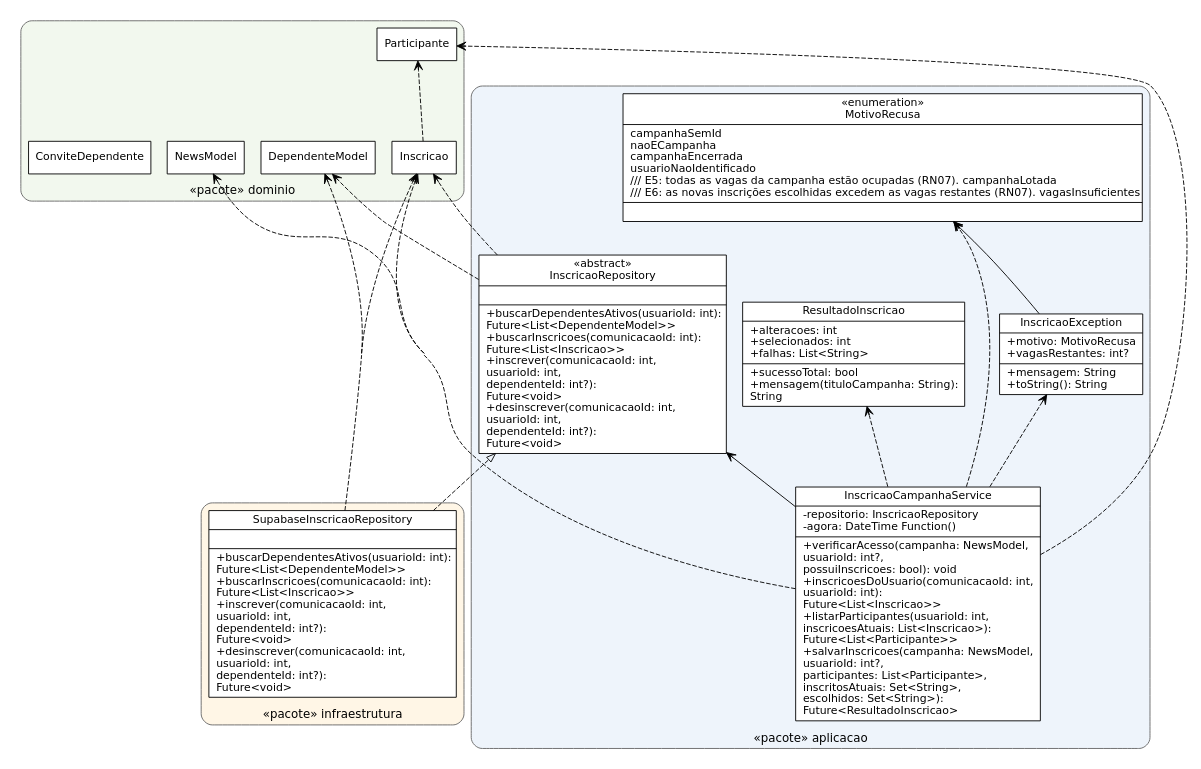
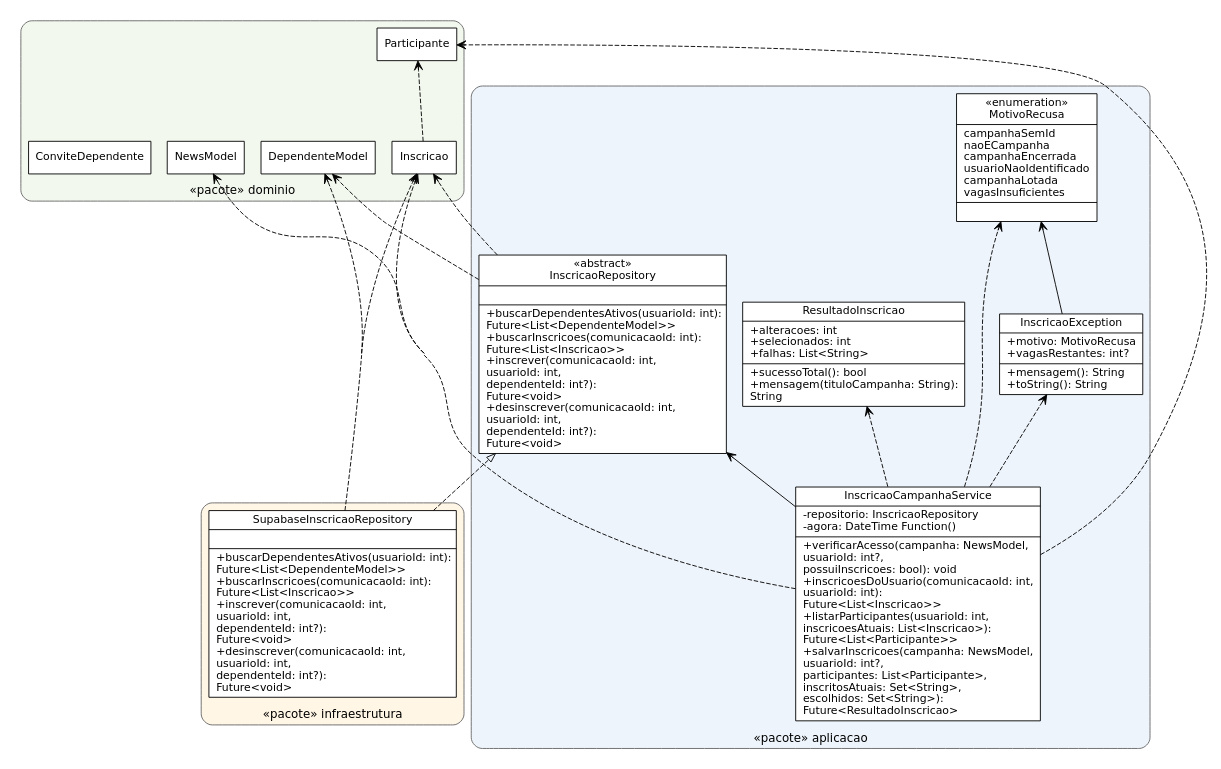
The diagram in qualidade/relatorios/classes-a-aplicacao.dot (Conecta-Vida/Conecta-Vida-Mobile), drawn with Graphviz before and after one commit. The commit also changed 23 other files, not shown here.

```diff
--- a/qualidade/relatorios/classes-a-aplicacao.dot
+++ b/qualidade/relatorios/classes-a-aplicacao.dot
@@ -1,38 +1,36 @@
 digraph classes {
 rankdir=BT; nodesep=0.25; ranksep=0.5; pad=0.1; concentrate=true;
 node [shape=record, fontname="DejaVu Sans", fontsize=12, style=filled, fillcolor="#ffffff"];
 edge [fontname="DejaVu Sans", fontsize=11];
 subgraph cluster_0 { label="«pacote» aplicacao"; style="rounded,filled"; fillcolor="#eef4fb"; color=gray40; fontname="DejaVu Sans"; fontsize=13; labelloc=t;
   InscricaoRepository [label="{«abstract»\nInscricaoRepository||+buscarDependentesAtivos(usuarioId: int):\l      Future&lt;List&lt;DependenteModel&gt;&gt;\l+buscarInscricoes(comunicacaoId: int):\l      Future&lt;List&lt;Inscricao&gt;&gt;\l+inscrever(comunicacaoId: int,\l      usuarioId: int,\l      dependenteId: int?):\l      Future&lt;void&gt;\l+desinscrever(comunicacaoId: int,\l      usuarioId: int,\l      dependenteId: int?):\l      Future&lt;void&gt;\l}"];
-  MotivoRecusa [label="{«enumeration»\nMotivoRecusa|campanhaSemId\lnaoECampanha\lcampanhaEncerrada\lusuarioNaoIdentificado\l/// E5: todas as vagas da campanha estão ocupadas (RN07).
-  campanhaLotada\l/// E6: as novas inscrições escolhidas excedem as vagas restantes (RN07).
-  vagasInsuficientes\l|}"];
-  InscricaoException [label="{InscricaoException|+motivo: MotivoRecusa\l+vagasRestantes: int?\l|+mensagem: String\l+toString(): String\l}"];
-  ResultadoInscricao [label="{ResultadoInscricao|+alteracoes: int\l+selecionados: int\l+falhas: List&lt;String&gt;\l|+sucessoTotal: bool\l+mensagem(tituloCampanha: String):\l      String\l}"];
+  MotivoRecusa [label="{«enumeration»\nMotivoRecusa|campanhaSemId\lnaoECampanha\lcampanhaEncerrada\lusuarioNaoIdentificado\lcampanhaLotada\lvagasInsuficientes\l|}"];
+  InscricaoException [label="{InscricaoException|+motivo: MotivoRecusa\l+vagasRestantes: int?\l|+mensagem(): String\l+toString(): String\l}"];
+  ResultadoInscricao [label="{ResultadoInscricao|+alteracoes: int\l+selecionados: int\l+falhas: List&lt;String&gt;\l|+sucessoTotal(): bool\l+mensagem(tituloCampanha: String):\l      String\l}"];
   InscricaoCampanhaService [label="{InscricaoCampanhaService|-repositorio: InscricaoRepository\l-agora: DateTime Function()\l|+verificarAcesso(campanha: NewsModel,\l      usuarioId: int?,\l      possuiInscricoes: bool): void\l+inscricoesDoUsuario(comunicacaoId: int,\l      usuarioId: int):\l      Future&lt;List&lt;Inscricao&gt;&gt;\l+listarParticipantes(usuarioId: int,\l      inscricoesAtuais: List&lt;Inscricao&gt;):\l      Future&lt;List&lt;Participante&gt;&gt;\l+salvarInscricoes(campanha: NewsModel,\l      usuarioId: int?,\l      participantes: List&lt;Participante&gt;,\l      inscritosAtuais: Set&lt;String&gt;,\l      escolhidos: Set&lt;String&gt;):\l      Future&lt;ResultadoInscricao&gt;\l}"];
 }
 subgraph cluster_1 { label="«pacote» dominio"; style="rounded,filled"; fillcolor="#f2f8ee"; color=gray40; fontname="DejaVu Sans"; fontsize=13; labelloc=t;
   Inscricao [shape=box, label="Inscricao"];
   Participante [shape=box, label="Participante"];
   NewsModel [shape=box, label="NewsModel"];
   DependenteModel [shape=box, label="DependenteModel"];
   ConviteDependente [shape=box, label="ConviteDependente"];
 }
 subgraph cluster_2 { label="«pacote» infraestrutura"; style="rounded,filled"; fillcolor="#fff6e6"; color=gray40; fontname="DejaVu Sans"; fontsize=13; labelloc=t;
   SupabaseInscricaoRepository [label="{SupabaseInscricaoRepository||+buscarDependentesAtivos(usuarioId: int):\l      Future&lt;List&lt;DependenteModel&gt;&gt;\l+buscarInscricoes(comunicacaoId: int):\l      Future&lt;List&lt;Inscricao&gt;&gt;\l+inscrever(comunicacaoId: int,\l      usuarioId: int,\l      dependenteId: int?):\l      Future&lt;void&gt;\l+desinscrever(comunicacaoId: int,\l      usuarioId: int,\l      dependenteId: int?):\l      Future&lt;void&gt;\l}"];
 }
   Inscricao -> Participante [arrowhead=vee, style=dashed];
   InscricaoCampanhaService -> Inscricao [arrowhead=vee, style=dashed];
   InscricaoCampanhaService -> InscricaoException [arrowhead=vee, style=dashed];
   InscricaoCampanhaService -> InscricaoRepository [arrowhead=vee];
   InscricaoCampanhaService -> MotivoRecusa [arrowhead=vee, style=dashed];
   InscricaoCampanhaService -> NewsModel [arrowhead=vee, style=dashed];
   InscricaoCampanhaService -> Participante [arrowhead=vee, style=dashed];
   InscricaoCampanhaService -> ResultadoInscricao [arrowhead=vee, style=dashed];
   InscricaoException -> MotivoRecusa [arrowhead=vee];
   InscricaoRepository -> DependenteModel [arrowhead=vee, style=dashed];
   InscricaoRepository -> Inscricao [arrowhead=vee, style=dashed];
   SupabaseInscricaoRepository -> DependenteModel [arrowhead=vee, style=dashed];
   SupabaseInscricaoRepository -> Inscricao [arrowhead=vee, style=dashed];
   SupabaseInscricaoRepository -> InscricaoRepository [arrowhead=empty, style=dashed];
 }
```
